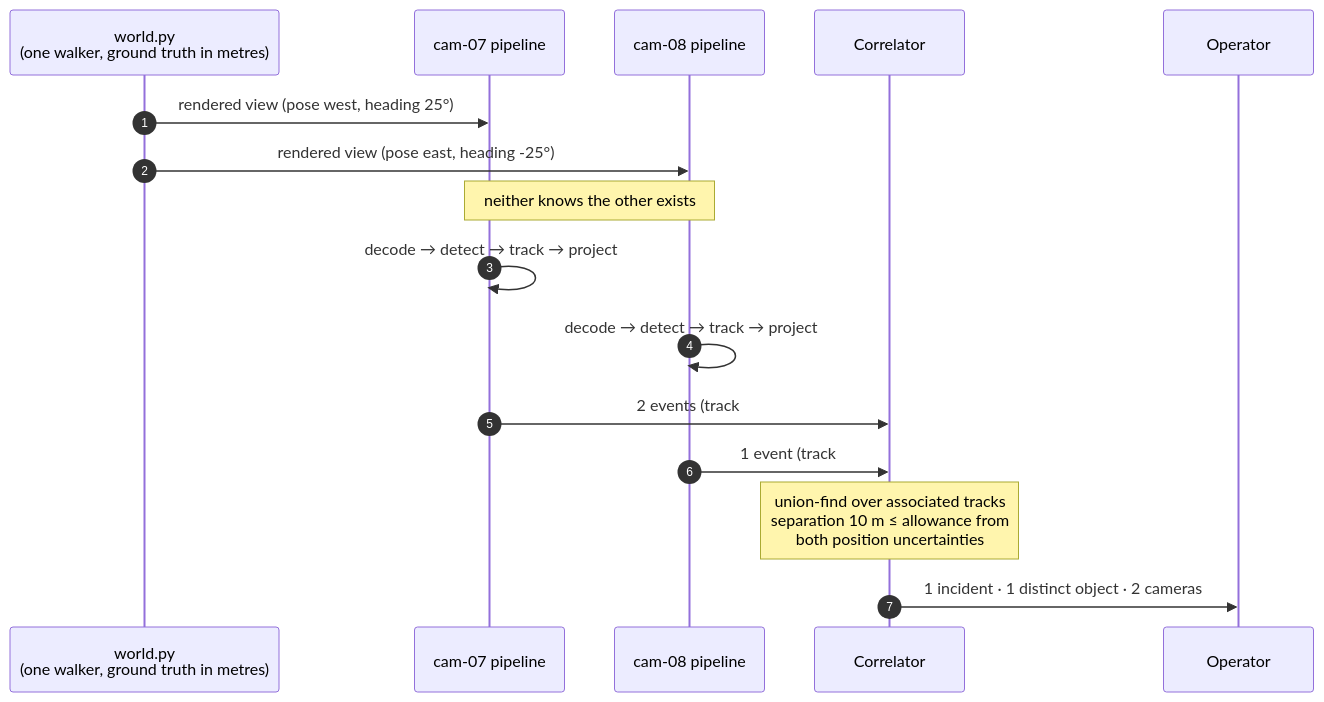
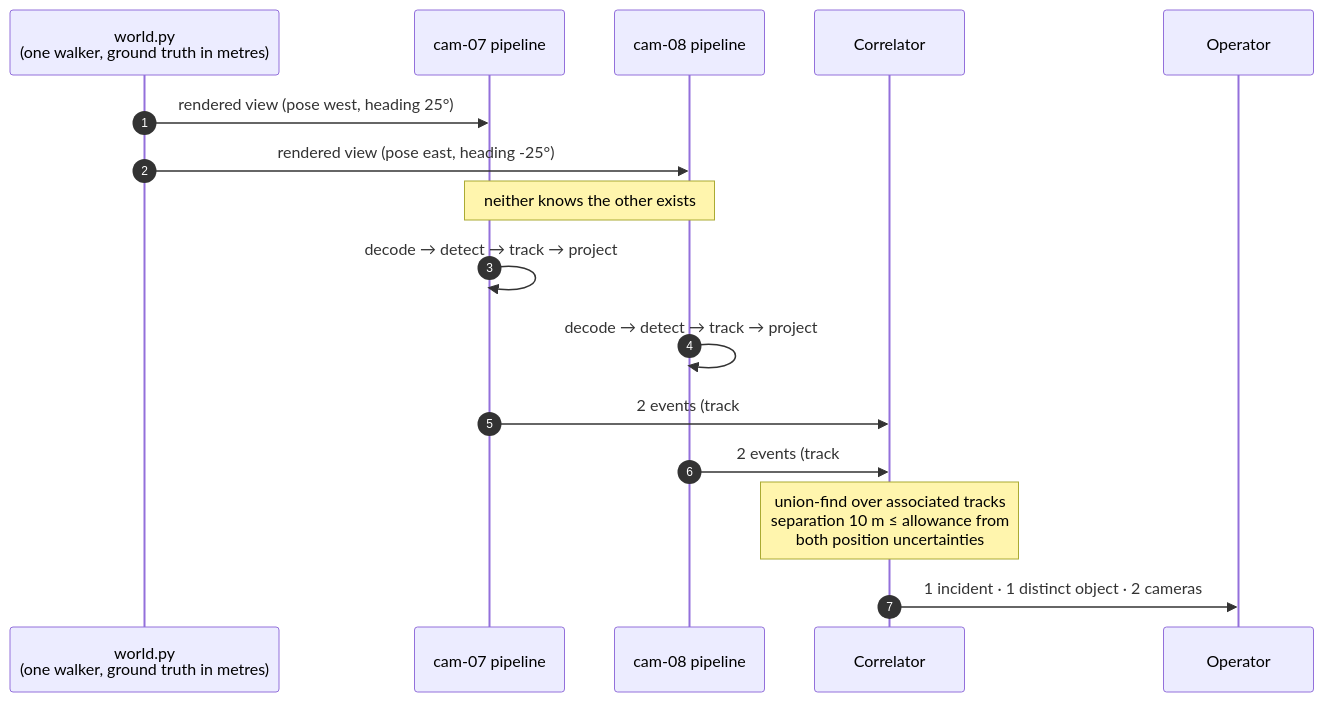
One commit to haidar-farhat/V.I.G.I.L._Vision_Intelligence_and_Geospatial_ncident_Layer changed the fourth of 16 diagrams in docs/OVERVIEW.md. Above: the diagram before and after it, drawn with Mermaid. The commit also changed other lines of this file and 8 other files, not shown here.

````diff
--- a/docs/OVERVIEW.md
+++ b/docs/OVERVIEW.md
@@ -143,24 +143,24 @@
 ```mermaid
 sequenceDiagram
     autonumber
     participant W as world.py<br/>(one walker, ground truth in metres)
     participant C7 as cam-07 pipeline
     participant C8 as cam-08 pipeline
     participant X as Correlator
     participant O as Operator
 
     W->>C7: rendered view (pose west, heading 25°)
     W->>C8: rendered view (pose east, heading -25°)
 
     Note over C7,C8: neither knows the other exists
 
     C7->>C7: decode → detect → track → project
     C8->>C8: decode → detect → track → project
 
     C7->>X: 2 events (track #1)
-    C8->>X: 1 event (track #1)
+    C8->>X: 2 events (track #1)
 
     Note over X: union-find over associated tracks<br/>separation 10 m ≤ allowance from<br/>both position uncertainties
 
     X->>O: 1 incident · 1 distinct object · 2 cameras
 ```
````
